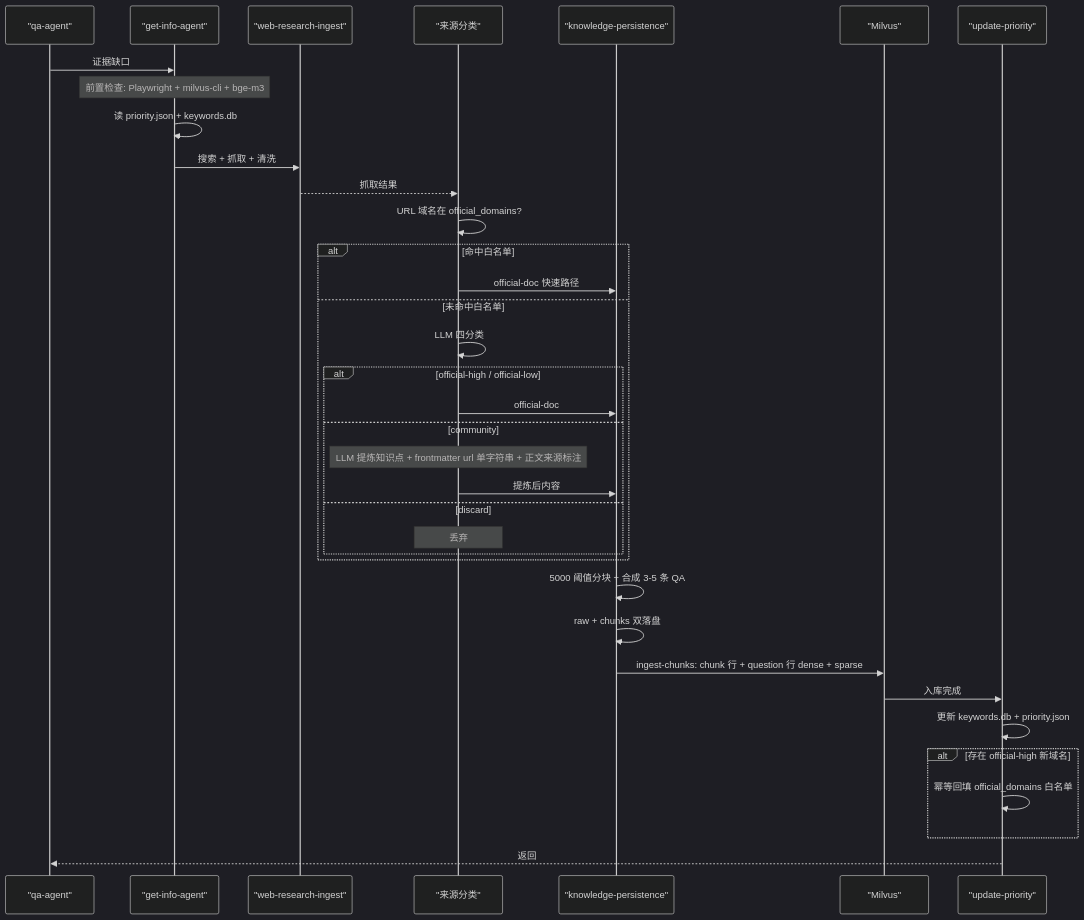
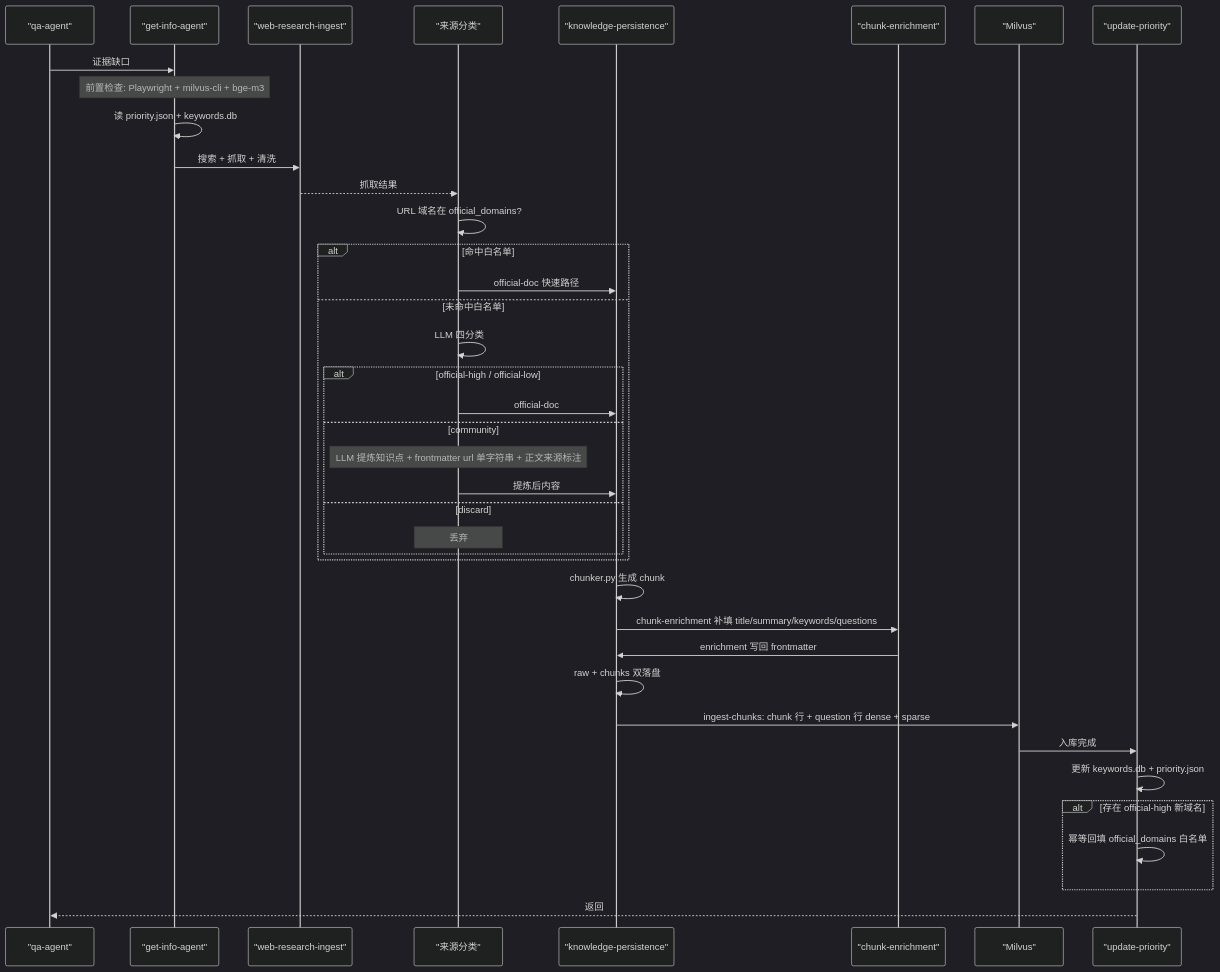
One commit to mengsi16/mengsi16-knowlege-base changed the fourth of 4 diagrams in README.md. Above: the diagram before and after it, drawn with Mermaid (dark theme). The commit also changed other lines of this file and 15 other files, not shown here.

First line of the commit message:
feat: extract chunk-enrichment as standalone skill/agent, add chunker.py for deterministic splitting

````diff
--- a/README.md
+++ b/README.md
@@ -293,39 +296,42 @@
 ```mermaid
 sequenceDiagram
     participant QA as "qa-agent"
     participant GI as "get-info-agent"
     participant WRI as "web-research-ingest"
     participant CLS as "来源分类"
     participant KP as "knowledge-persistence"
+    participant CE as "chunk-enrichment"
     participant MV as "Milvus"
     participant UP as "update-priority"
 
     QA->>GI: 证据缺口
     Note over GI: 前置检查: Playwright + milvus-cli + bge-m3
     GI->>GI: 读 priority.json + keywords.db
     GI->>WRI: 搜索 + 抓取 + 清洗
     WRI-->>CLS: 抓取结果
     CLS->>CLS: URL 域名在 official_domains?
     alt 命中白名单
         CLS->>KP: official-doc 快速路径
     else 未命中白名单
         CLS->>CLS: LLM 四分类
         alt official-high / official-low
             CLS->>KP: official-doc
         else community
             Note over CLS: LLM 提炼知识点 + frontmatter url 单字符串 + 正文来源标注
             CLS->>KP: 提炼后内容
         else discard
             Note over CLS: 丢弃
         end
     end
-    KP->>KP: 5000 阈值分块 + 合成 3-5 条 QA
+    KP->>KP: chunker.py 生成 chunk
+    KP->>CE: chunk-enrichment 补填 title/summary/keywords/questions
+    CE->>KP: enrichment 写回 frontmatter
     KP->>KP: raw + chunks 双落盘
     KP->>MV: ingest-chunks: chunk 行 + question 行 dense + sparse
     MV->>UP: 入库完成
     UP->>UP: 更新 keywords.db + priority.json
     alt 存在 official-high 新域名
         UP->>UP: 幂等回填 official_domains 白名单
     end
     UP-->>QA: 返回
 ```
````
